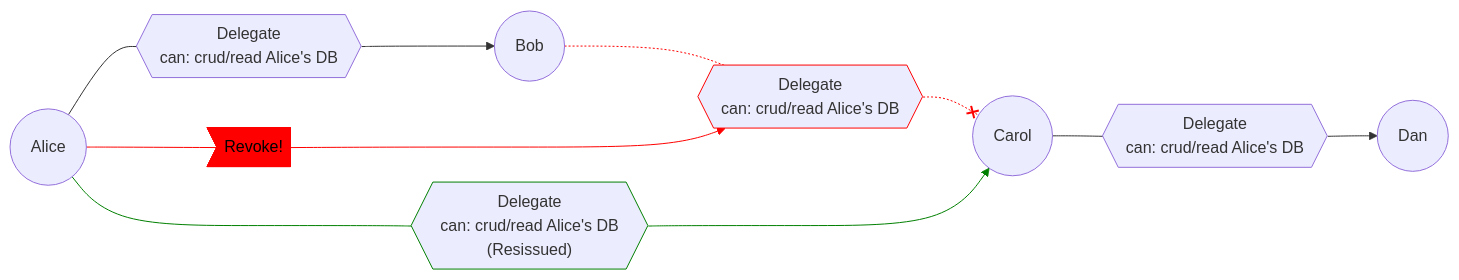
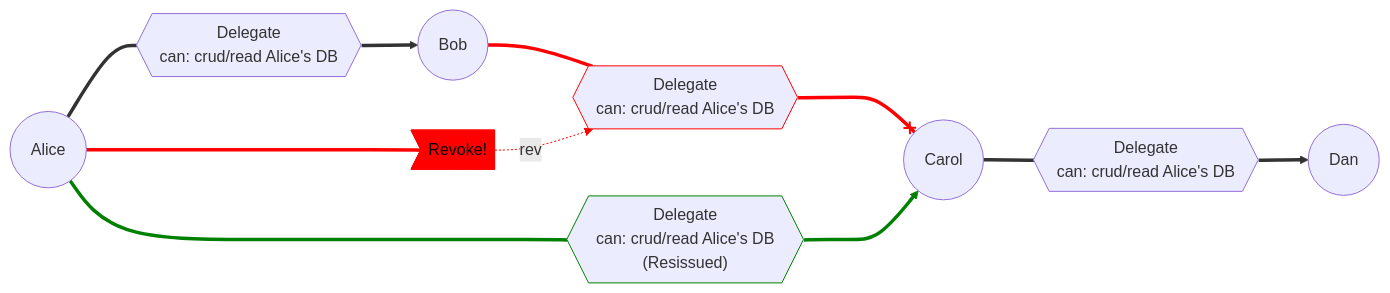
The third of 5 diagrams in README.md (ucan-wg/revocation), drawn with Mermaid before and after one commit. The commit also changed other lines of this file, not shown here.

Commit message:
Fix rendeing bugs

````diff
--- a/README.md
+++ b/README.md
@@ -190,31 +190,32 @@
 ``` mermaid
 flowchart LR
     Alice((&nbsp&nbsp&nbspAlice&nbsp&nbsp&nbsp))
     Bob((&nbsp&nbsp&nbspBob&nbsp&nbsp&nbsp))
     Carol((&nbsp&nbsp&nbspCarol&nbsp&nbsp&nbsp))
     Dan((&nbsp&nbsp&nbspDan&nbsp&nbsp&nbsp))
 
     del1{{Delegate\ncan: crud/read Alice's DB}}
     del2{{Delegate\ncan: crud/read Alice's DB}}
     del3{{Delegate\ncan: crud/read Alice's DB}}
     newDel{{"Delegate\ncan: crud/read Alice's DB\n(Resissued) "}}
 
-    Alice --- del1 --> Bob -.- del2:::Revoked -.-x Carol --- del3 --> Dan
-    Alice --- newDel:::Reissued ---> Carol
+    Alice === del1 ==> Bob === del2:::Revoked ===x Carol === del3 ==> Dan
+    Alice === newDel:::Reissued ===> Carol
 
     rev>Revoke!]
-    Alice --- rev:::Invocation ---> del2
+    Alice === rev:::Invocation
+    rev -.->|rev| del2
 
     classDef Invocation stroke:#F00,fill:#F00,color:#000;
     classDef Revoked stroke:#F00;
     classDef Reissued stroke:green;
 
     linkStyle 2 stroke:red
     linkStyle 3 stroke:red
 
     linkStyle 8 stroke:red
     linkStyle 9 stroke:red
 
     linkStyle 6 stroke:green
     linkStyle 7 stroke:green
 ```
````
